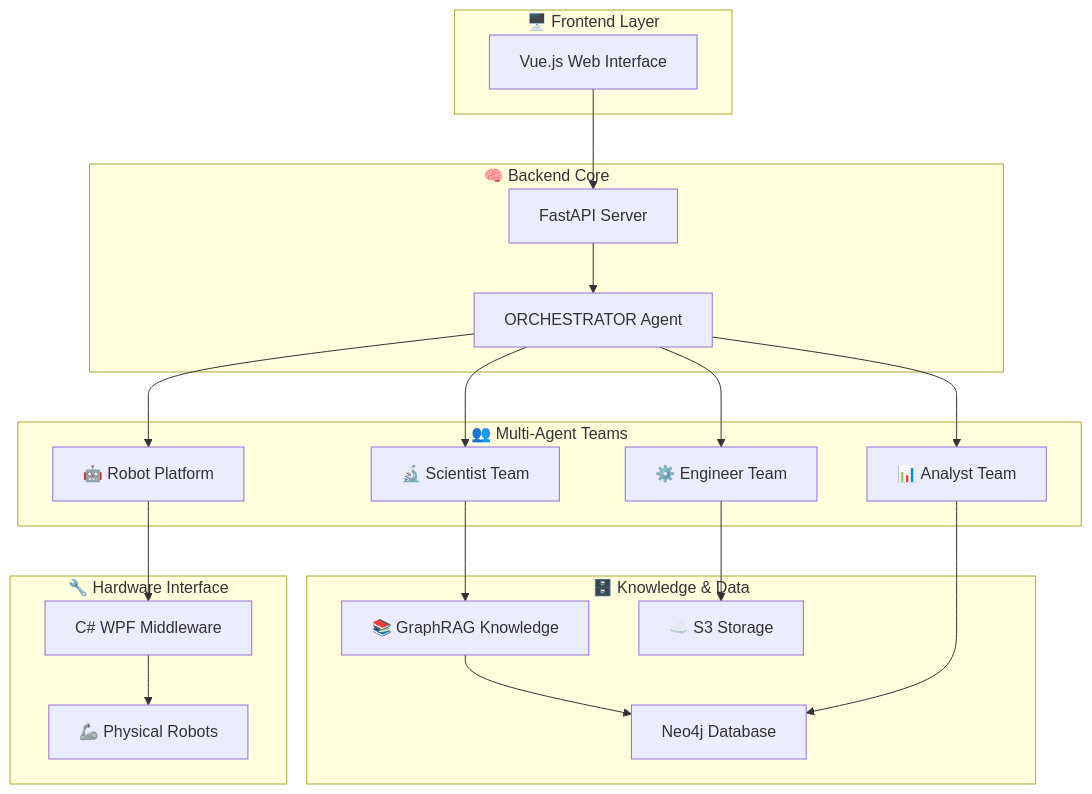
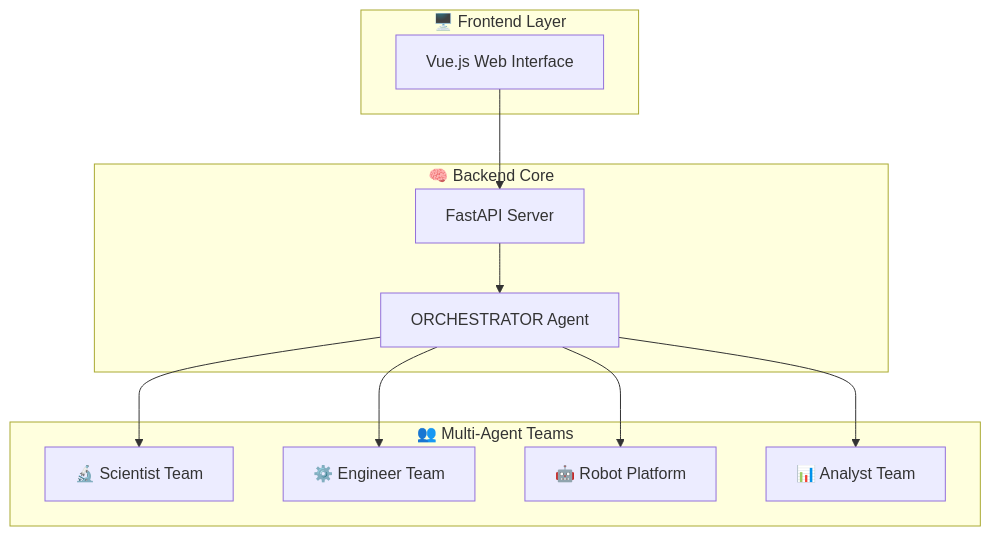
Before and after one commit to tangger2000/MARS: the diagram in README.md, drawn with Mermaid. The commit also changed other lines of this file and 1 other file, not shown here.

````diff
--- a/README.md
+++ b/README.md
@@ -29,43 +29,26 @@
 ```mermaid
 graph TB
     subgraph "🖥️ Frontend Layer"
         FE[Vue.js Web Interface]
     end
     
     subgraph "🧠 Backend Core"
         API[FastAPI Server]
         ORCH[ORCHESTRATOR Agent]
     end
     
     subgraph "👥 Multi-Agent Teams"
         SCI[🔬 Scientist Team]
         ENG[⚙️ Engineer Team] 
         ROB[🤖 Robot Platform]
         ANA[📊 Analyst Team]
     end
-    
-    subgraph "🗄️ Knowledge & Data"
-        KG[📚 GraphRAG Knowledge]
-        NEO[Neo4j Database]
-        S3[☁️ S3 Storage]
-    end
-    
-    subgraph "🔧 Hardware Interface"
-        MW[C# WPF Middleware]
-        ROBOT[🦾 Physical Robots]
-    end
+
     
     FE --> API
     API --> ORCH
     ORCH --> SCI
     ORCH --> ENG
     ORCH --> ROB
     ORCH --> ANA
-    
-    SCI --> KG
-    KG --> NEO
-    ENG --> S3
-    ROB --> MW
-    MW --> ROBOT
-    ANA --> NEO
 ```
````
